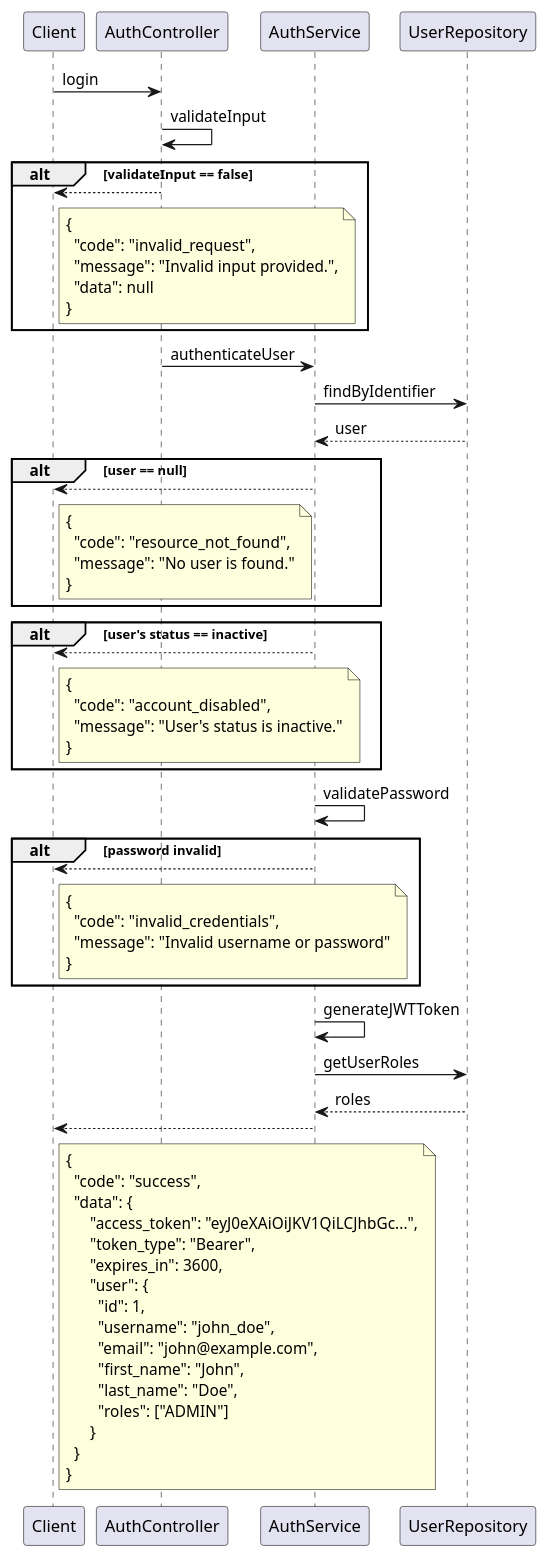
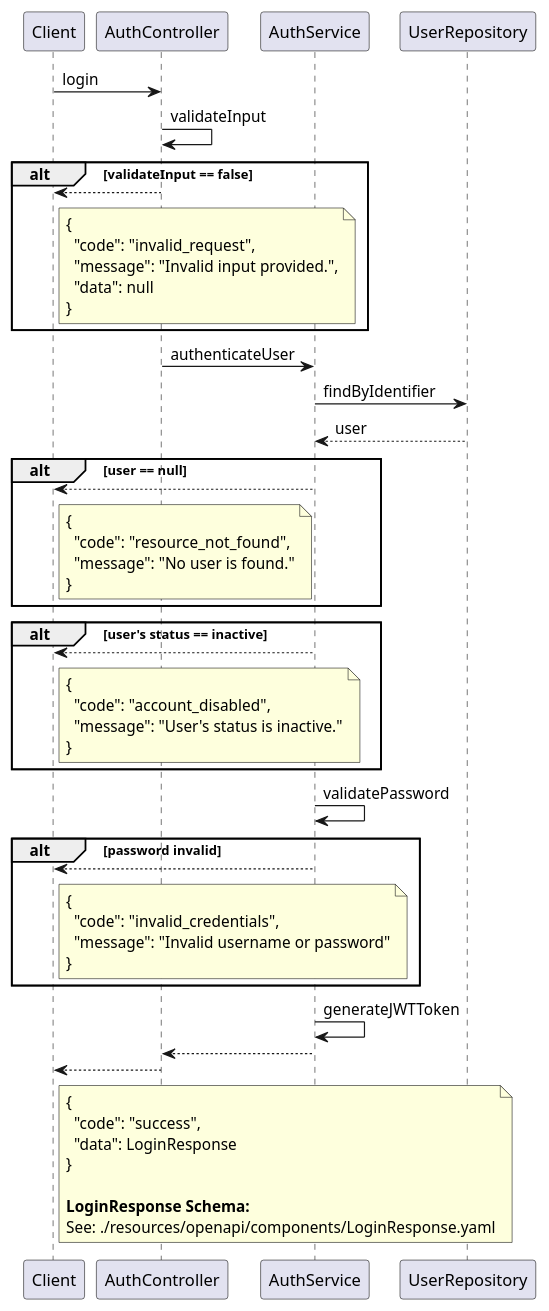
Before and after one commit to champ-sukra/auth-service: the diagram in resources/sequence-diagrams/auth_login.puml, drawn with PlantUML. The commit also changed 10 other files, not shown here.

```diff
--- a/resources/sequence-diagrams/auth_login.puml
+++ b/resources/sequence-diagrams/auth_login.puml
@@ -1,71 +1,61 @@
 @startuml
 'https://plantuml.com/sequence-diagram
 
 Client -> AuthController: login
 AuthController -> AuthController: validateInput
 alt validateInput == false
     Client <-- AuthController:
     note right of Client
     {
       "code": "invalid_request",
       "message": "Invalid input provided.",
       "data": null
     }
     end note
 end
 AuthController -> AuthService: authenticateUser
 AuthService -> UserRepository: findByIdentifier
 UserRepository --> AuthService: user
 alt user == null
     Client <-- AuthService:
     note right of Client
     {
       "code": "resource_not_found",
       "message": "No user is found."
     }
     end note
 end
 alt user's status == inactive
     Client <-- AuthService:
     note right of Client
     {
       "code": "account_disabled",
       "message": "User's status is inactive."
     }
     end note
 end
 
 AuthService -> AuthService: validatePassword
 alt password invalid
     Client <-- AuthService:
     note right of Client
     {
       "code": "invalid_credentials",
       "message": "Invalid username or password"
     }
     end note
 end
 AuthService -> AuthService: generateJWTToken
-AuthService -> UserRepository: getUserRoles
-UserRepository --> AuthService: roles
-Client <-- AuthService:
+AuthController <-- AuthService:
+Client <-- AuthController:
 note right of Client
 {
   "code": "success",
-  "data": {
-      "access_token": "eyJ0eXAiOiJKV1QiLCJhbGc...",
-      "token_type": "Bearer",
-      "expires_in": 3600,
-      "user": {
-        "id": 1,
-        "username": "john_doe",
-        "email": "john@example.com",
-        "first_name": "John",
-        "last_name": "Doe",
-        "roles": ["ADMIN"]
-      }
-  }
+  "data": LoginResponse
 }
+
+**LoginResponse Schema:**
+See: ./resources/openapi/components/LoginResponse.yaml
 end note
 
 @enduml
```
